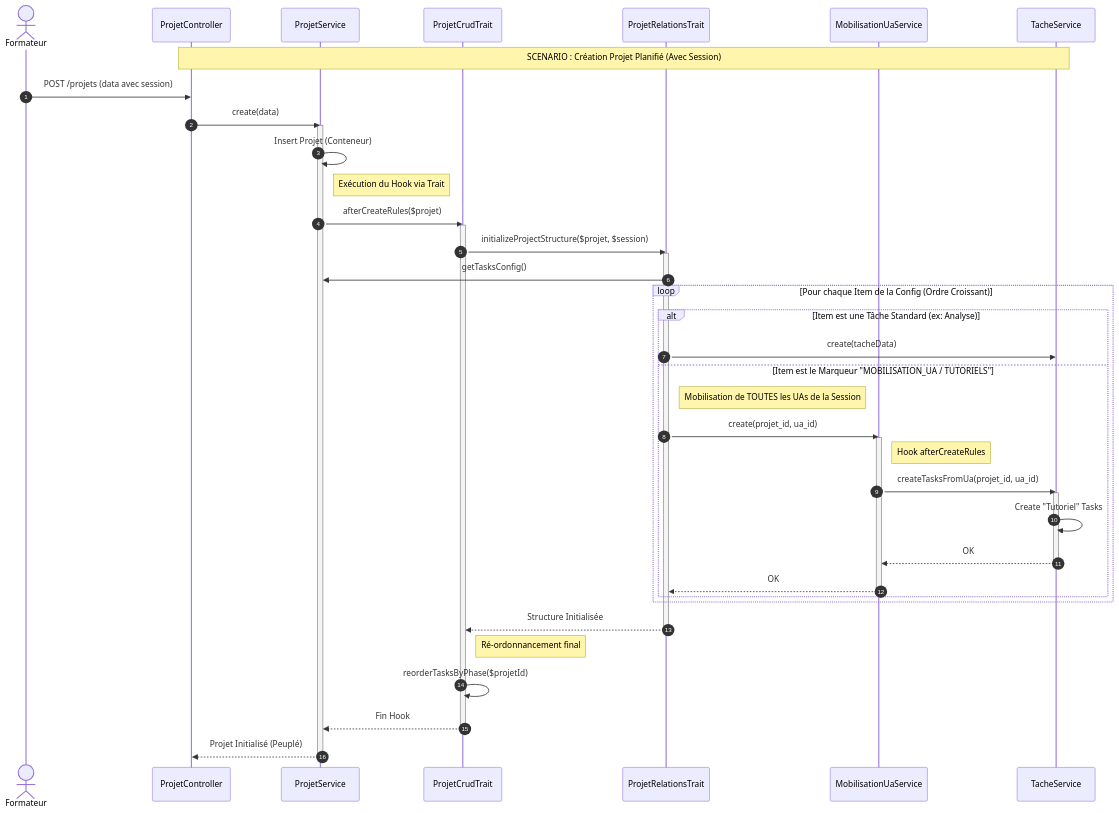
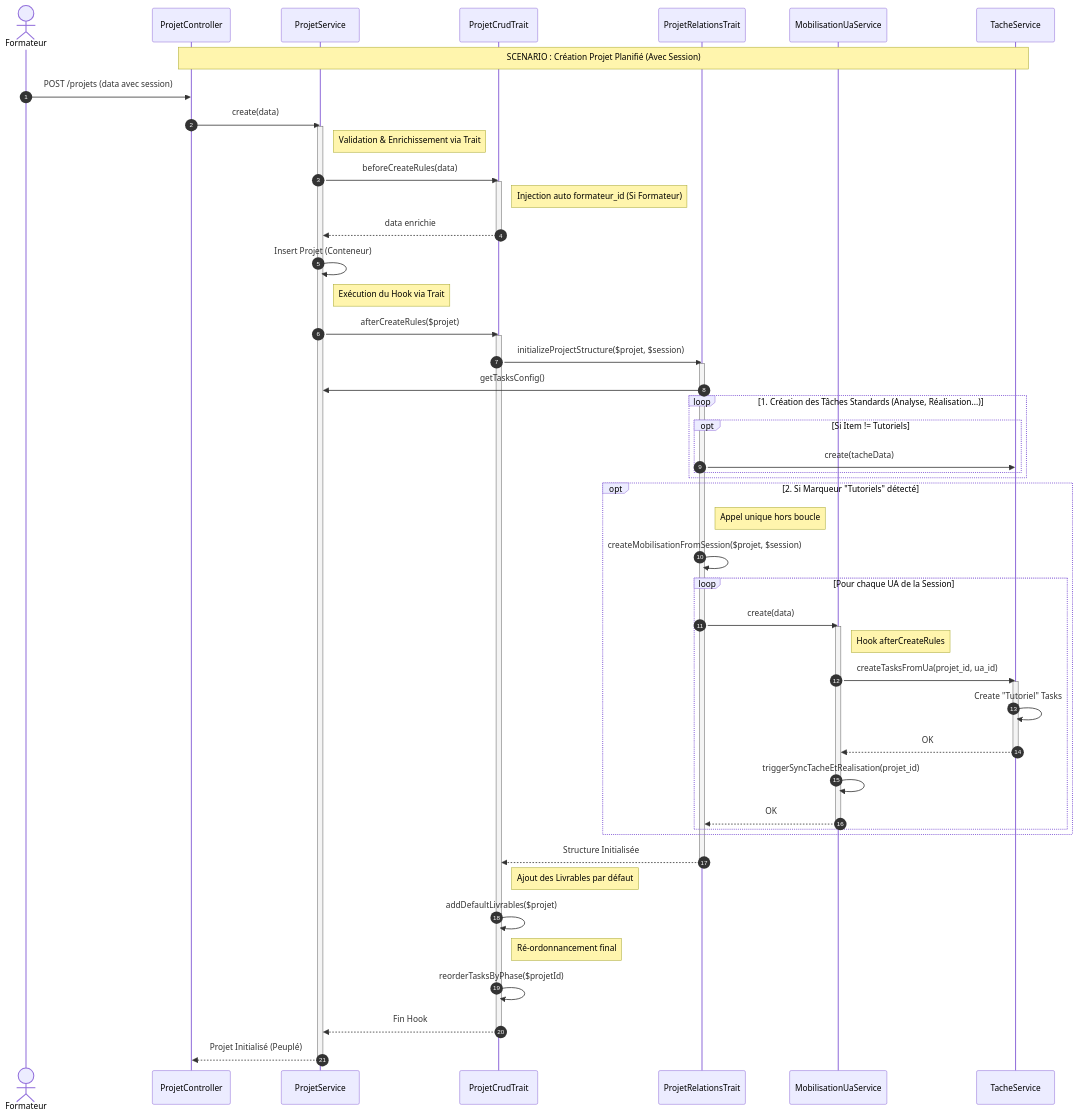
One commit to solicode-lms/app changed the diagram in docs/1.conception/PkgCreationProjet/creation_projet/creation_projet_planifie_workflow.mmd. Above: the diagram before and after it, drawn with Mermaid. The commit also changed 7 other files, not shown here.

```diff
--- a/docs/1.conception/PkgCreationProjet/creation_projet/creation_projet_planifie_workflow.mmd
+++ b/docs/1.conception/PkgCreationProjet/creation_projet/creation_projet_planifie_workflow.mmd
@@ -1,57 +1,72 @@
 sequenceDiagram
     autonumber
     actor Formateur
     participant Ctrl as ProjetController
     participant PS as ProjetService
     participant PCT as ProjetCrudTrait
     participant PRT as ProjetRelationsTrait
     participant MS as MobilisationUaService
     participant TS as TacheService
 
     Note over Ctrl, TS: SCENARIO : Création Projet Planifié (Avec Session)
 
     Formateur->>Ctrl: POST /projets (data avec session)
     Ctrl->>PS: create(data)
     
     activate PS
+    
+    Note right of PS: Validation & Enrichissement via Trait
+    PS->>PCT: beforeCreateRules(data)
+    activate PCT
+    Note right of PCT: Injection auto formateur_id (Si Formateur)
+    PCT-->>PS: data enrichie
+    deactivate PCT
+
     PS->>PS: Insert Projet (Conteneur)
     
     Note right of PS: Exécution du Hook via Trait
     PS->>PCT: afterCreateRules($projet)
     activate PCT
     
     PCT->>PRT: initializeProjectStructure($projet, $session)
     activate PRT
     PRT->>PS: getTasksConfig()
     
-    loop Pour chaque Item de la Config (Ordre Croissant)
+    loop 1. Création des Tâches Standards (Analyse, Réalisation...)
+        opt Si Item != Tutoriels
+             PRT->>TS: create(tacheData)
+        end
+    end
+
+    opt 2. Si Marqueur "Tutoriels" détecté
+        Note right of PRT: Appel unique hors boucle
+        PRT->>PRT: createMobilisationFromSession($projet, $session)
         
-        alt Item est une Tâche Standard (ex: Analyse)
-            PRT->>TS: create(tacheData)
-        
-        else Item est le Marqueur "MOBILISATION_UA / TUTORIELS"
-            Note right of PRT: Mobilisation de TOUTES les UAs de la Session
-            PRT->>MS: create(projet_id, ua_id)
+        loop Pour chaque UA de la Session
+            PRT->>MS: create(data)
             activate MS
             Note right of MS: Hook afterCreateRules
             MS->>TS: createTasksFromUa(projet_id, ua_id)
             activate TS
             TS->>TS: Create "Tutoriel" Tasks
             TS-->>MS: OK
             deactivate TS
+            MS->>MS: triggerSyncTacheEtRealisation(projet_id)
             MS-->>PRT: OK
             deactivate MS
         end
-        
     end
     PRT-->>PCT: Structure Initialisée
     deactivate PRT
+
+    Note right of PCT: Ajout des Livrables par défaut
+    PCT->>PCT: addDefaultLivrables($projet)
 
     Note right of PCT: Ré-ordonnancement final
     PCT->>PCT: reorderTasksByPhase($projetId)
     
     PCT-->>PS: Fin Hook
     deactivate PCT
     
     PS-->>Ctrl: Projet Initialisé (Peuplé)
     deactivate PS
```
